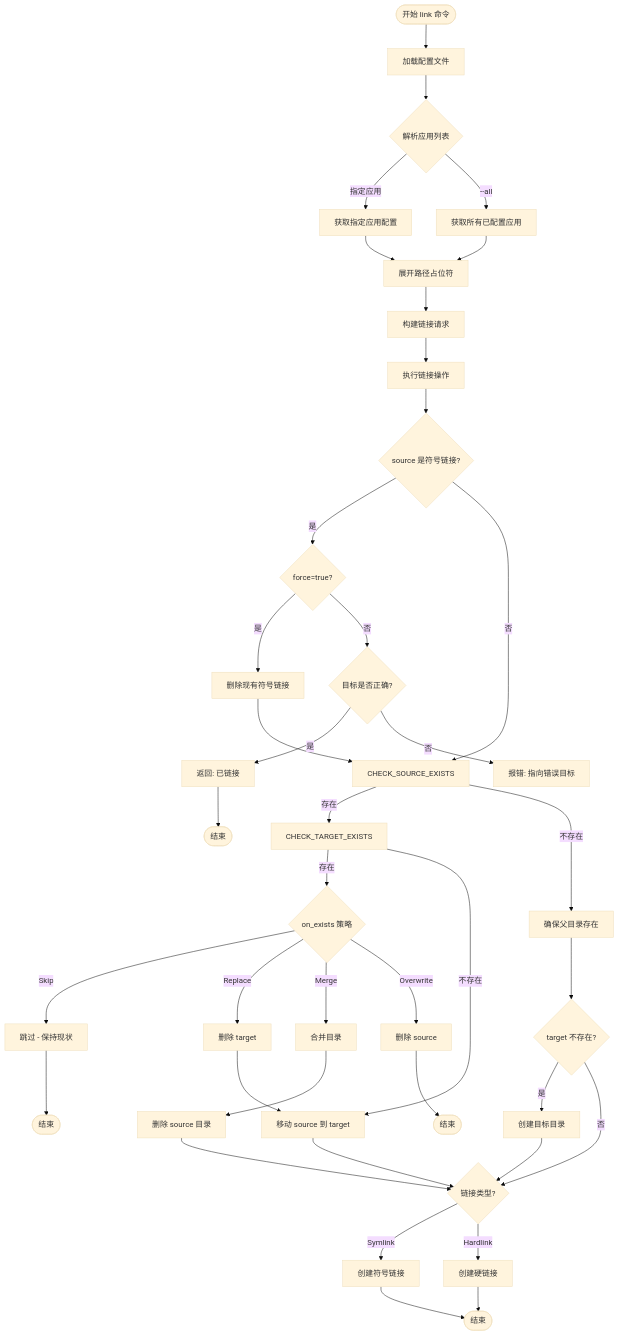
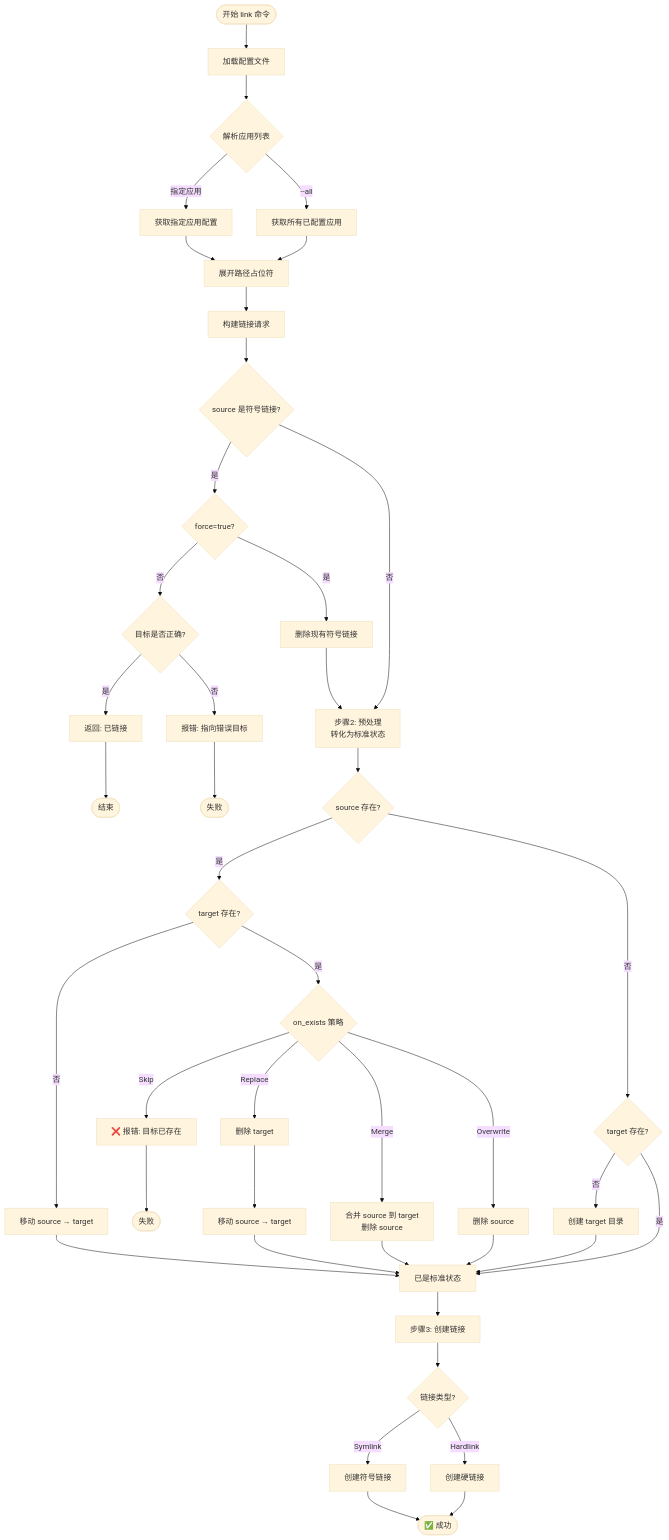
Before and after one commit to morning-start/link-disk: the first of 7 diagrams in docs/workflows.md, drawn with Mermaid (base theme). The commit also changed other lines of this file and 1 other file, not shown here.

First line of the commit message:
docs: 重构文档以明确"转化为标准状态"的设计思路

````diff
--- a/docs/workflows.md
+++ b/docs/workflows.md
@@ -17,42 +21,51 @@
 ```mermaid
 flowchart TD
     START([开始 link 命令]) --> LOAD_CONFIG[加载配置文件]
     LOAD_CONFIG --> PARSE_APPS{解析应用列表}
     PARSE_APPS -->|指定应用| GET_APP[获取指定应用配置]
     PARSE_APPS -->|--all| GET_ALL_APPS[获取所有已配置应用]
     GET_APP --> EXPAND_PATHS
     GET_ALL_APPS --> EXPAND_PATHS[展开路径占位符]
     EXPAND_PATHS --> BUILD_REQUEST[构建链接请求]
-    BUILD_REQUEST --> LINK_OPS[执行链接操作]
-    LINK_OPS --> CHECK_SYMLINK{source 是符号链接?}
+    BUILD_REQUEST --> CHECK_SYMLINK{source 是符号链接?}
+    
     CHECK_SYMLINK -->|是| CHECK_FORCE{force=true?}
-    CHECK_SYMLINK -->|否| CHECK_SOURCE_EXISTS
     CHECK_FORCE -->|是| REMOVE_SYMLINK[删除现有符号链接]
-    REMOVE_SYMLINK --> CHECK_SOURCE_EXISTS
+    REMOVE_SYMLINK --> PREPARE_STANDARD_STATE
     CHECK_FORCE -->|否| CHECK_SYMLINK_TARGET{目标是否正确?}
     CHECK_SYMLINK_TARGET -->|是| ALREADY_LINKED[返回: 已链接]
+    ALREADY_LINKED --> END1([结束])
     CHECK_SYMLINK_TARGET -->|否| ERROR_WRONG_TARGET[报错: 指向错误目标]
-    CHECK_SOURCE_EXISTS -->|存在| CHECK_TARGET_EXISTS
-    CHECK_SOURCE_EXISTS -->|不存在| ENSURE_PARENT[确保父目录存在]
-    CHECK_TARGET_EXISTS -->|存在| ON_EXISTS_STRATEGY{on_exists 策略}
-    CHECK_TARGET_EXISTS -->|不存在| MOVE_SOURCE[移动 source 到 target]
-    ON_EXISTS_STRATEGY -->|Skip| SKIP[跳过 - 保持现状]
-    ON_EXISTS_STRATEGY -->|Replace| REMOVE_TARGET[删除 target]
-    ON_EXISTS_STRATEGY -->|Merge| MERGE_DIRS[合并目录]
-    ON_EXISTS_STRATEGY -->|Overwrite| REMOVE_SOURCE[删除 source]
-    REMOVE_TARGET --> MOVE_SOURCE
-    MERGE_DIRS --> REMOVE_SOURCE_DIR[删除 source 目录]
-    REMOVE_SOURCE_DIR --> CREATE_LINK
-    REMOVE_SOURCE --> END([结束])
-    ENSURE_PARENT --> CREATE_TARGET_DIR{target 不存在?}
-    CREATE_TARGET_DIR -->|是| CREATE_DIR[创建目标目录]
-    CREATE_TARGET_DIR -->|否| CREATE_LINK
-    CREATE_DIR --> CREATE_LINK
-    MOVE_SOURCE --> CREATE_LINK{链接类型?}
-    CREATE_LINK -->|Symlink| CREATE_SYMLINK[创建符号链接]
-    CREATE_LINK -->|Hardlink| CREATE_HARDLINK[创建硬链接]
-    CREATE_SYMLINK --> END_SUCCESS([结束])
-    CREATE_HARDLINK --> END_SUCCESS
-    SKIP --> END_SKIP([结束])
-    ALREADY_LINKED --> END_ALREADY([结束])
+    ERROR_WRONG_TARGET --> END2([失败])
+    
+    CHECK_SYMLINK -->|否| PREPARE_STANDARD_STATE[步骤2: 预处理<br/>转化为标准状态]
+    
+    PREPARE_STANDARD_STATE --> CHECK_SOURCE{source 存在?}
+    
+    CHECK_SOURCE -->|是| CHECK_TARGET{target 存在?}
+    CHECK_TARGET -->|否| MOVE_SOURCE[移动 source → target]
+    MOVE_SOURCE --> STANDARD_STATE[标准状态达成]
+    
+    CHECK_TARGET -->|是| ON_EXISTS_STRATEGY{on_exists 策略}
+    ON_EXISTS_STRATEGY -->|Skip| SKIP_ERROR[❌ 报错: 目标已存在]
+    SKIP_ERROR --> END3([失败])
+    ON_EXISTS_STRATEGY -->|Replace| DELETE_TARGET[删除 target]
+    DELETE_TARGET --> MOVE_SOURCE2[移动 source → target]
+    MOVE_SOURCE2 --> STANDARD_STATE
+    ON_EXISTS_STRATEGY -->|Merge| MERGE_DIRS[合并 source 到 target<br/>删除 source]
+    MERGE_DIRS --> STANDARD_STATE
+    ON_EXISTS_STRATEGY -->|Overwrite| DELETE_SOURCE[删除 source]
+    DELETE_SOURCE --> STANDARD_STATE
+    
+    CHECK_SOURCE -->|否| ENSURE_TARGET{target 存在?}
+    ENSURE_TARGET -->|否| CREATE_TARGET[创建 target 目录]
+    CREATE_TARGET --> STANDARD_STATE
+    ENSURE_TARGET -->|是| STANDARD_STATE[已是标准状态]
+    
+    STANDARD_STATE --> CREATE_LINK[步骤3: 创建链接]
+    CREATE_LINK --> LINK_TYPE{链接类型?}
+    LINK_TYPE -->|Symlink| CREATE_SYMLINK[创建符号链接]
+    LINK_TYPE -->|Hardlink| CREATE_HARDLINK[创建硬链接]
+    CREATE_SYMLINK --> END4([✅ 成功])
+    CREATE_HARDLINK --> END4
 ```
````
